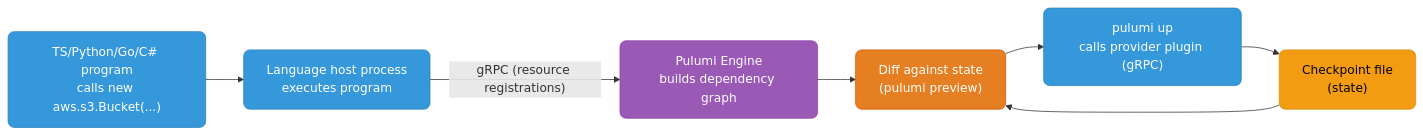
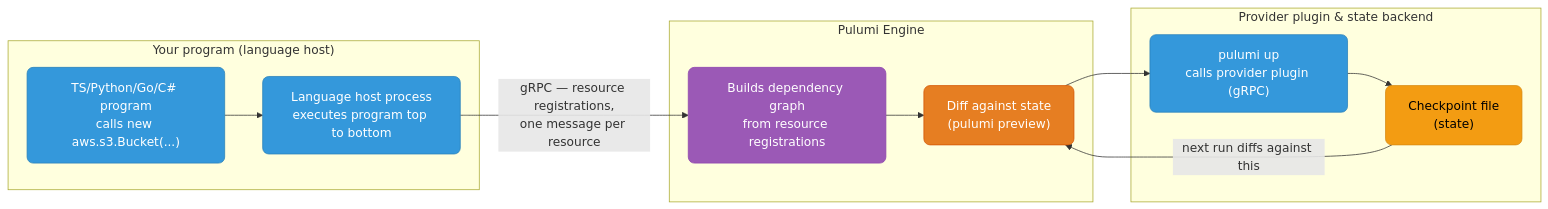
The first of 5 diagrams in iac/pulumi/README.md (deepanshu-rawat6/DevOpsIndex), drawn with Mermaid before and after one commit. The commit also changed other lines of this file and 17 other files, not shown here.

````diff
--- a/iac/pulumi/README.md
+++ b/iac/pulumi/README.md
@@ -11,14 +16,23 @@
 ```mermaid
 graph LR
     classDef blue fill:#3498db,stroke:#2980b9,color:#fff,rx:8
     classDef purple fill:#9b59b6,stroke:#8e44ad,color:#fff,rx:8
     classDef orange fill:#e67e22,stroke:#d35400,color:#fff,rx:8
     classDef yellow fill:#f39c12,stroke:#d68910,color:#000,rx:8
 
-    CODE["TS/Python/Go/C# program<br>calls new aws.s3.Bucket(...)"]:::blue --> RUN["Language host process<br>executes program"]:::blue
-    RUN -->|"gRPC (resource registrations)"| ENGINE["Pulumi Engine<br>builds dependency graph"]:::purple
-    ENGINE --> DIFF["Diff against state<br>(pulumi preview)"]:::orange
-    DIFF --> APPLY["pulumi up<br>calls provider plugin (gRPC)"]:::blue
-    APPLY --> STATE["Checkpoint file<br>(state)"]:::yellow
-    STATE --> DIFF
+    subgraph PROG["Your program (language host)"]
+        CODE["TS/Python/Go/C# program<br/>calls new aws.s3.Bucket(...)"]:::blue --> RUN["Language host process<br/>executes program top to bottom"]:::blue
+    end
+
+    subgraph ENG["Pulumi Engine"]
+        ENGINE["Builds dependency graph<br/>from resource registrations"]:::purple --> DIFF["Diff against state<br/>(pulumi preview)"]:::orange
+    end
+
+    subgraph EXT["Provider plugin &amp; state backend"]
+        APPLY["pulumi up<br/>calls provider plugin (gRPC)"]:::blue --> STATE["Checkpoint file<br/>(state)"]:::yellow
+    end
+
+    RUN -->|"gRPC — resource registrations,<br/>one message per resource"| ENGINE
+    DIFF --> APPLY
+    STATE -->|"next run diffs against this"| DIFF
 ```
````
